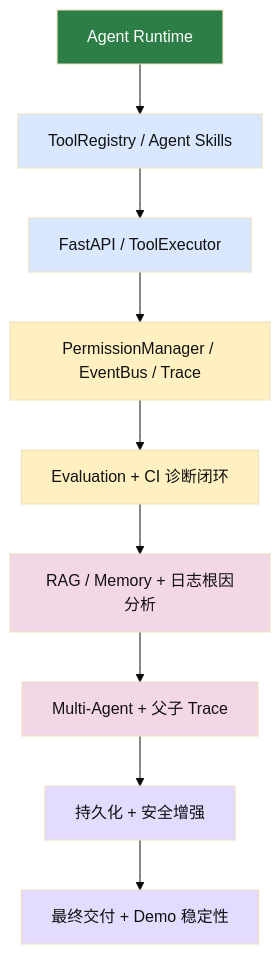
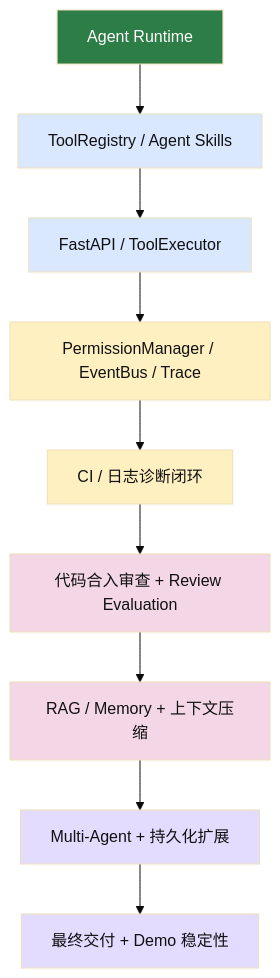
The third of 3 diagrams in README.md (Dracarys6/DevAgent), drawn with Mermaid (base theme) before and after one commit. The commit also changed other lines of this file and 2 other files, not shown here.

````diff
--- a/README.md
+++ b/README.md
@@ -315,22 +333,22 @@
 ```mermaid
 flowchart TD
     A[Agent Runtime]
     A --> B[ToolRegistry / Agent Skills]
     B --> C[FastAPI / ToolExecutor]
     C --> D[PermissionManager / EventBus / Trace]
-    D --> E[Evaluation + CI 诊断闭环]
-    E --> F[RAG / Memory + 日志根因分析]
-    F --> G[Multi-Agent + 父子 Trace]
-    G --> H[持久化 + 安全增强]
+    D --> E[CI / 日志诊断闭环]
+    E --> F[代码合入审查 + Review Evaluation]
+    F --> G[RAG / Memory + 上下文压缩]
+    G --> H[Multi-Agent + 持久化扩展]
     H --> I[最终交付 + Demo 稳定性]
 
     style A fill:#2d7d46,color:#fff
     style B fill:#d9e8ff,color:#111
     style C fill:#d9e8ff,color:#111
     style D fill:#fff0c2,color:#111
     style E fill:#fff0c2,color:#111
     style F fill:#f4d7e6,color:#111
     style G fill:#f4d7e6,color:#111
     style H fill:#e3dcff,color:#111
     style I fill:#e3dcff,color:#111
 ```
````
